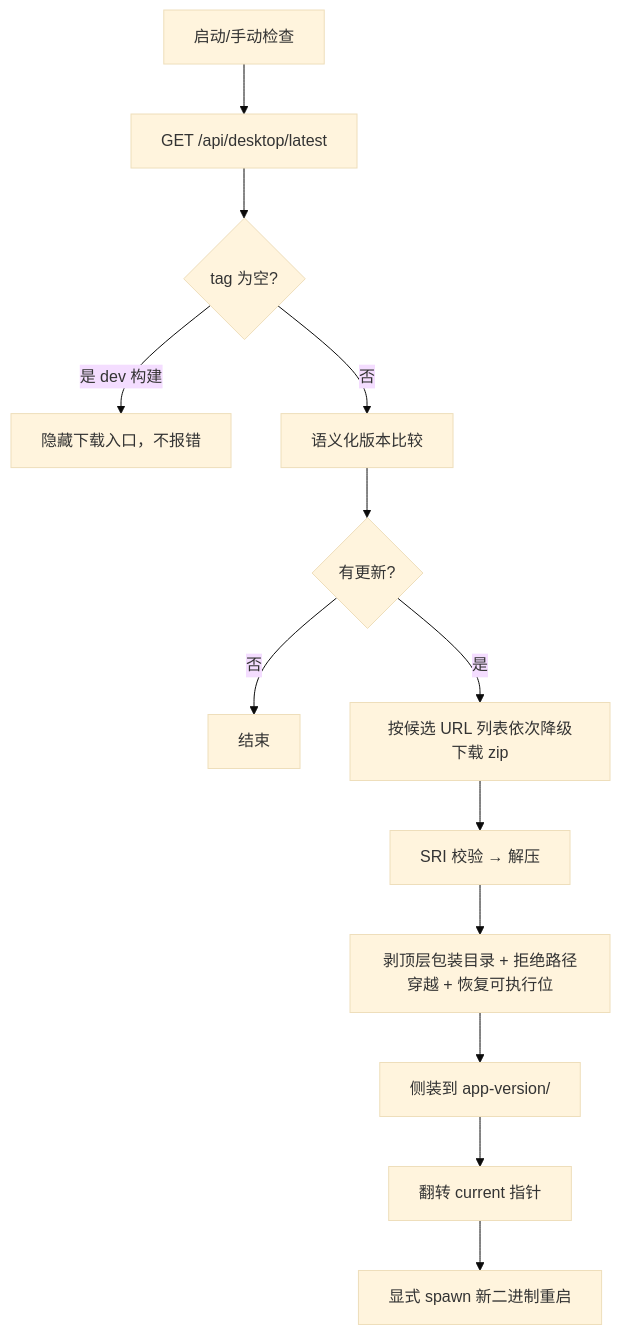
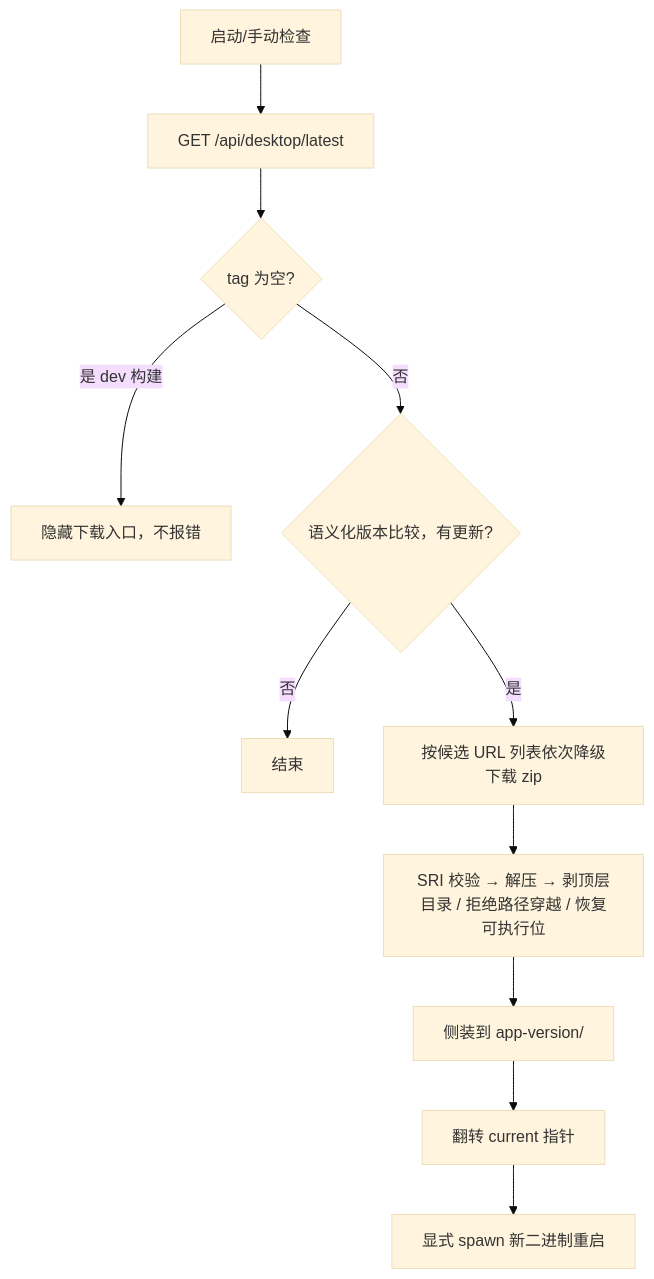
Before and after one commit to clawbench-dev/clawbench: the third of 4 diagrams in docs/spec/client/desktop-client.md, drawn with Mermaid (base theme). The commit also changed other lines of this file and 12 other files, not shown here.

````diff
--- a/docs/spec/client/desktop-client.md
+++ b/docs/spec/client/desktop-client.md
@@ -64,15 +64,13 @@
 ```mermaid
 flowchart TD
     A[启动/手动检查] --> B[GET /api/desktop/latest]
     B --> C{tag 为空?}
     C -->|是 dev 构建| D[隐藏下载入口，不报错]
-    C -->|否| E[语义化版本比较]
-    E --> F{有更新?}
-    F -->|否| G[结束]
-    F -->|是| H[按候选 URL 列表依次降级下载 zip]
-    H --> I[SRI 校验 → 解压]
-    I --> J[剥顶层包装目录 + 拒绝路径穿越 + 恢复可执行位]
-    J --> K[侧装到 app-version/]
-    K --> L[翻转 current 指针]
-    L --> M[显式 spawn 新二进制重启]
+    C -->|否| E{语义化版本比较，有更新?}
+    E -->|否| F[结束]
+    E -->|是| G[按候选 URL 列表依次降级下载 zip]
+    G --> H[SRI 校验 → 解压 → 剥顶层目录 / 拒绝路径穿越 / 恢复可执行位]
+    H --> I[侧装到 app-version/]
+    I --> J[翻转 current 指针]
+    J --> K[显式 spawn 新二进制重启]
 ```
````
